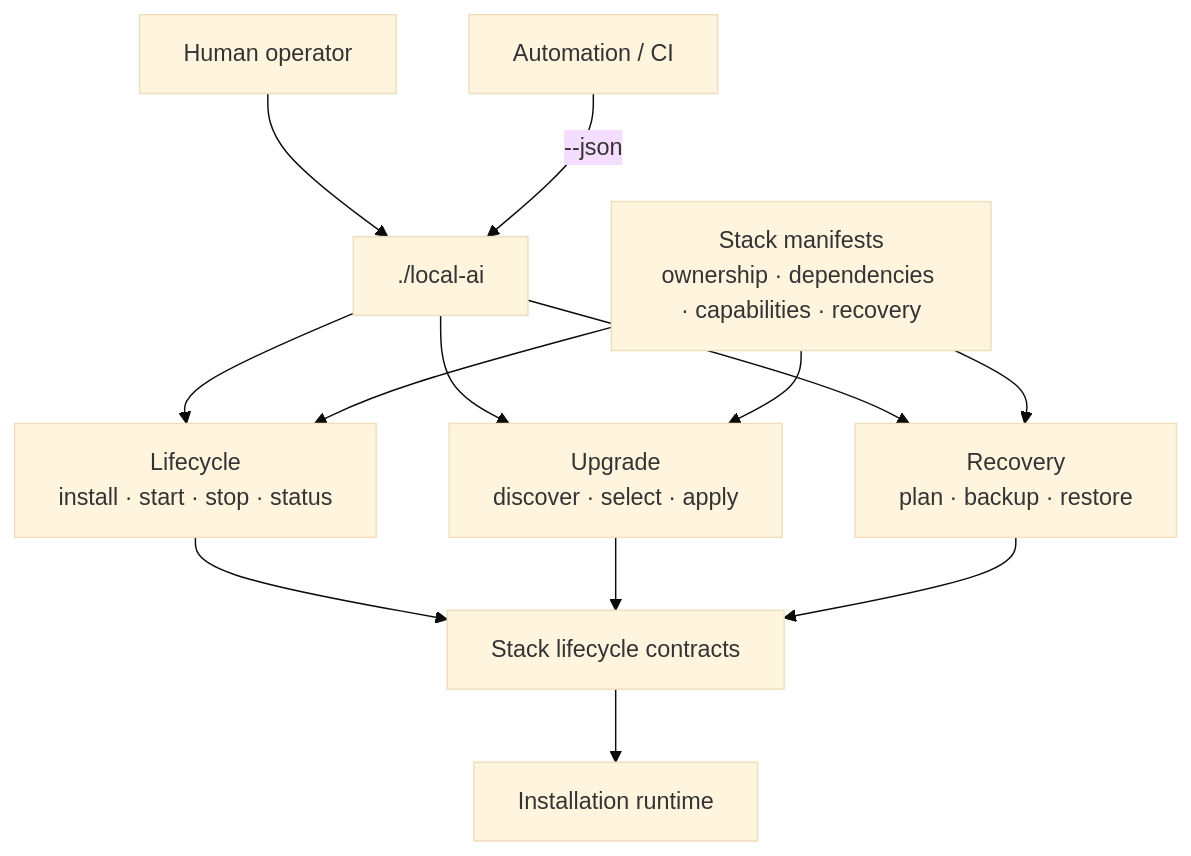
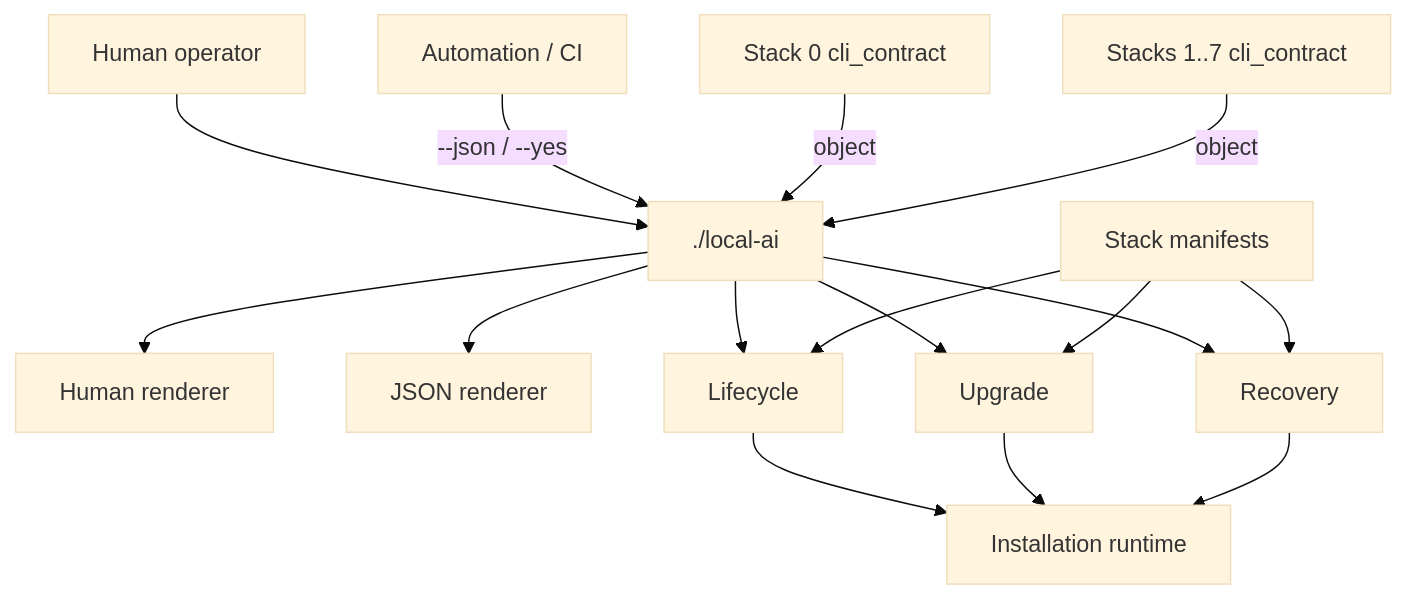
One commit to ea1het/local_hybrid_ai changed the first of 5 diagrams in docs/architecture/management-plane.md. Above: the diagram before and after it, drawn with Mermaid (base theme). The commit also changed other lines of this file and 298 other files, not shown here.

First line of the commit message:
Fix/backup public cli confirmation (#33)

````diff
--- a/docs/architecture/management-plane.md
+++ b/docs/architecture/management-plane.md
@@ -15,19 +11,18 @@
 ```mermaid
 flowchart TB
-    H["Human operator"] --> CLI["./local-ai"]
-    A["Automation / CI"] -->|"--json"| CLI
-
-    CLI --> LIFE["Lifecycle\ninstall · start · stop · status"]
-    CLI --> UP["Upgrade\ndiscover · select · apply"]
-    CLI --> DR["Recovery\nplan · backup · restore"]
-
-    MAN["Stack manifests\nownership · dependencies · capabilities · recovery"] --> LIFE
+    H[Human operator] --> CLI[./local-ai]
+    A[Automation / CI] -->|--json / --yes| CLI
+    S0[Stack 0 cli_contract] -->|object| CLI
+    SN[Stacks 1..7 cli_contract] -->|object| CLI
+    CLI --> HR[Human renderer]
+    CLI --> JR[JSON renderer]
+    CLI --> LIFE[Lifecycle]
+    CLI --> UP[Upgrade]
+    CLI --> DR[Recovery]
+    MAN[Stack manifests] --> LIFE
     MAN --> UP
     MAN --> DR
-
-    LIFE --> STACKS["Stack lifecycle contracts"]
-    UP --> STACKS
-    DR --> STACKS
-
-    STACKS --> RT["Installation runtime"]
+    LIFE --> RT[Installation runtime]
+    UP --> RT
+    DR --> RT
 ```
````
